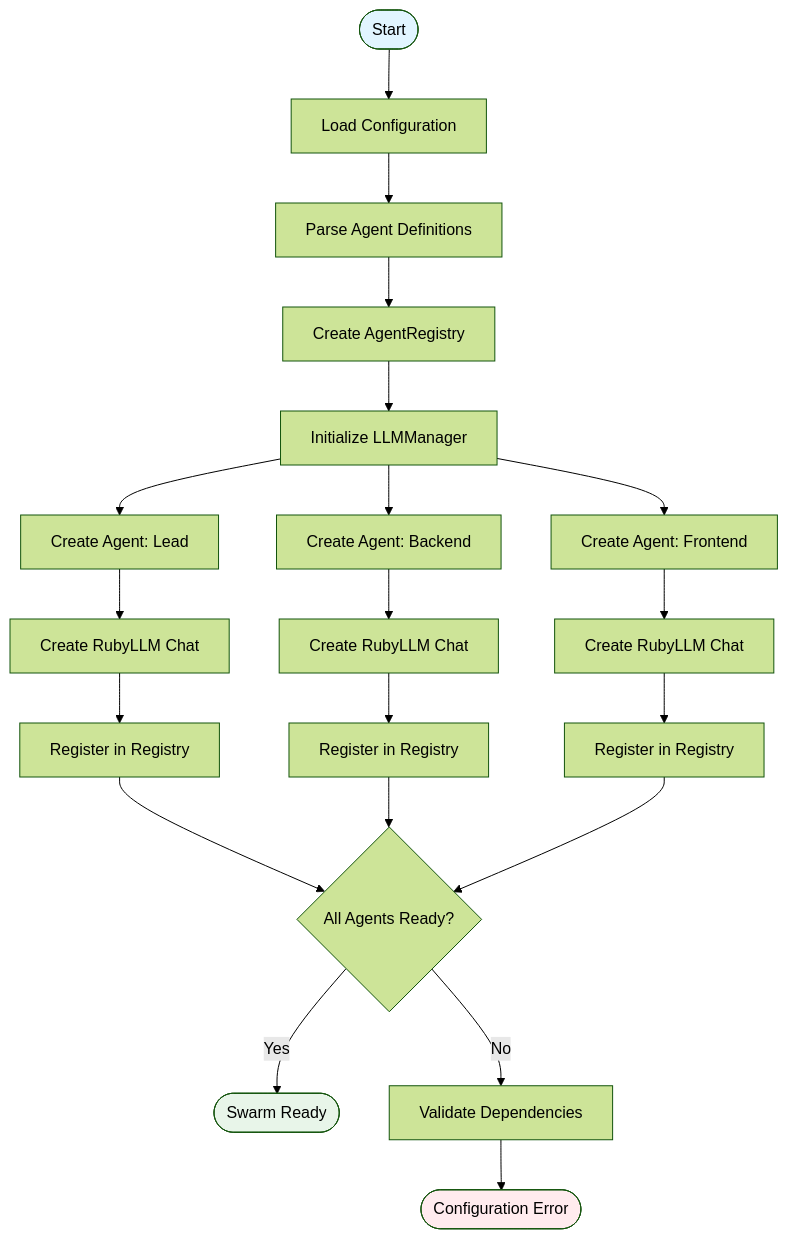
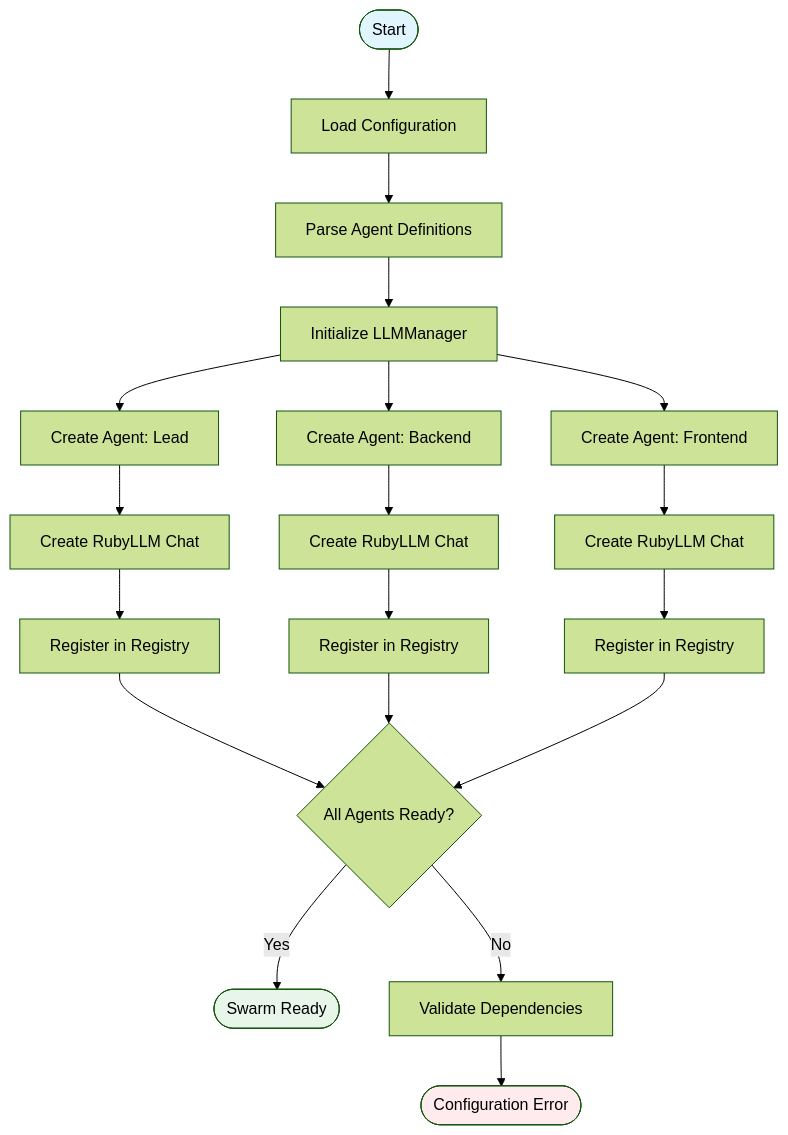
One commit to parruda/claude-swarm changed the fifth of 9 diagrams in docs/swarm_sdk_architecture.md. Above: the diagram before and after it, drawn with Mermaid (forest theme). The commit also changed other lines of this file and 4 other files, not shown here.

First line of the commit message:
Remove AgentRegistry and update SwarmSDK defaults

````diff
--- a/docs/swarm_sdk_architecture.md
+++ b/docs/swarm_sdk_architecture.md
@@ -1636,31 +1598,30 @@
 ```mermaid
 flowchart TD
     Start([Start]) --> LoadConfig[Load Configuration]
     LoadConfig --> ParseAgents[Parse Agent Definitions]
-    ParseAgents --> CreateRegistry[Create AgentRegistry]
-    CreateRegistry --> InitLLM[Initialize LLMManager]
+    ParseAgents --> InitLLM[Initialize LLMManager]
 
     InitLLM --> CreateAgent1[Create Agent: Lead]
     InitLLM --> CreateAgent2[Create Agent: Backend]
     InitLLM --> CreateAgent3[Create Agent: Frontend]
 
     CreateAgent1 --> CreateChat1[Create RubyLLM Chat]
     CreateAgent2 --> CreateChat2[Create RubyLLM Chat]
     CreateAgent3 --> CreateChat3[Create RubyLLM Chat]
 
     CreateChat1 --> Register1[Register in Registry]
     CreateChat2 --> Register2[Register in Registry]
     CreateChat3 --> Register3[Register in Registry]
 
     Register1 --> AllReady{All Agents Ready?}
     Register2 --> AllReady
     Register3 --> AllReady
 
     AllReady -->|Yes| SwarmReady([Swarm Ready])
     AllReady -->|No| CheckDeps[Validate Dependencies]
     CheckDeps --> Error([Configuration Error])
 
     style Start fill:#e1f5ff
     style SwarmReady fill:#e8f5e9
     style Error fill:#ffebee
 ```
````
